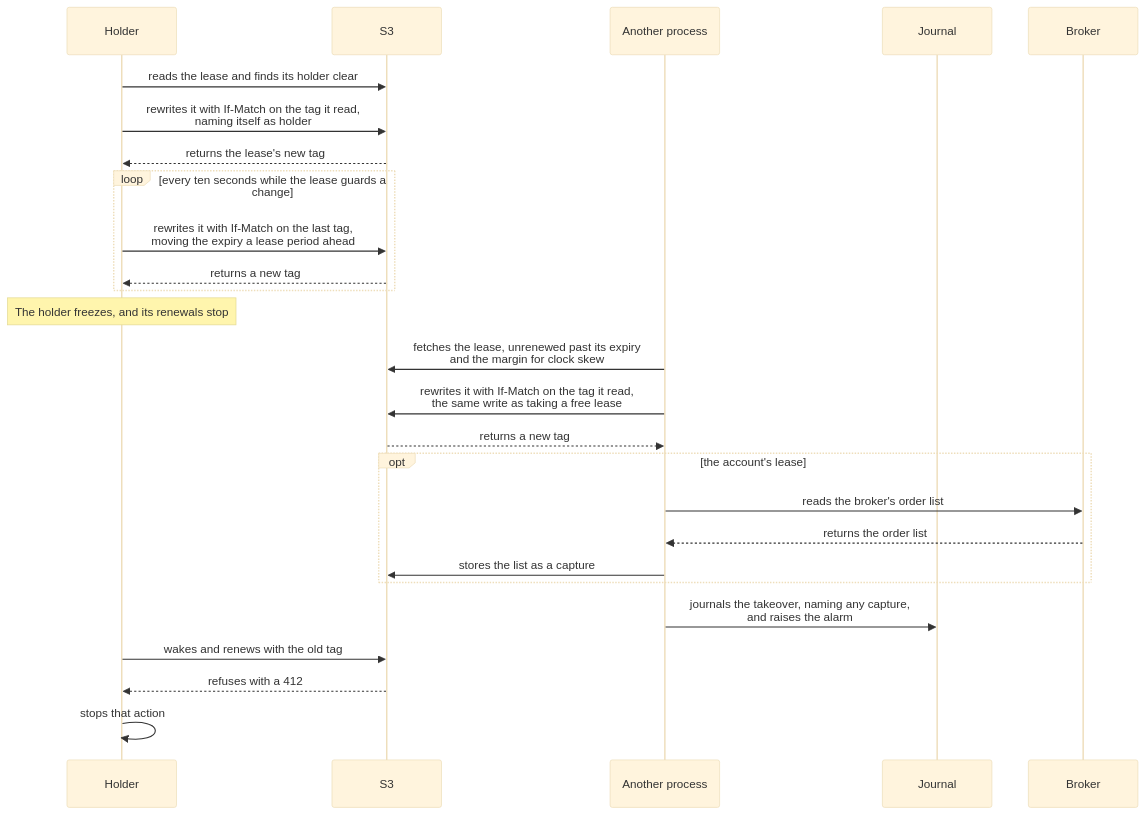
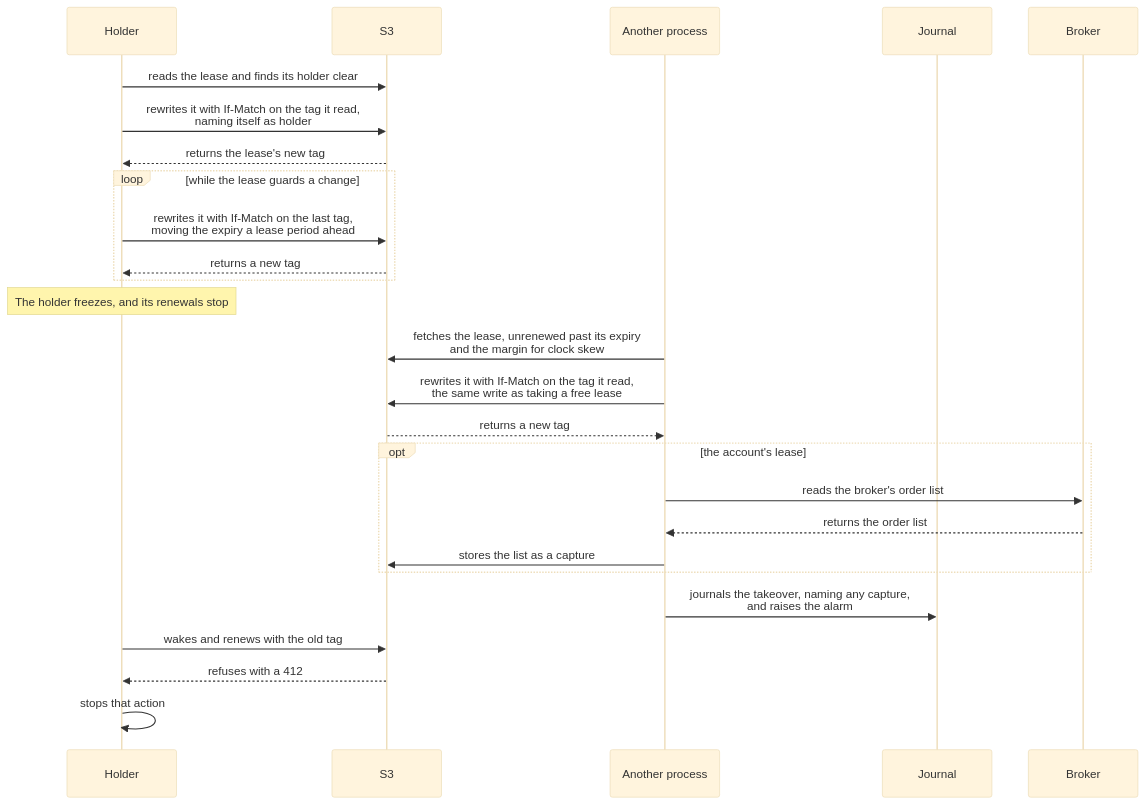
Before and after one commit to l3a0/ithildin-runtime: the third of 3 diagrams in docs/halts-and-drills.md, drawn with Mermaid (base theme). The commit also changed other lines of this file and 36 other files, not shown here.

````diff
--- a/docs/halts-and-drills.md
+++ b/docs/halts-and-drills.md
@@ -328,28 +328,28 @@
 ```mermaid
 sequenceDiagram
     participant A as Holder
     participant S as S3
     participant B as Another process
     participant J as Journal
     participant K as Broker
     A->>S: reads the lease and finds its holder clear
     A->>S: rewrites it with If-Match on the tag it read,<br/>naming itself as holder
     S-->>A: returns the lease's new tag
-    loop every ten seconds while the lease guards a change
+    loop while the lease guards a change
         A->>S: rewrites it with If-Match on the last tag,<br/>moving the expiry a lease period ahead
         S-->>A: returns a new tag
     end
     Note over A: The holder freezes, and its renewals stop
     B->>S: fetches the lease, unrenewed past its expiry<br/>and the margin for clock skew
     B->>S: rewrites it with If-Match on the tag it read,<br/>the same write as taking a free lease
     S-->>B: returns a new tag
     opt the account's lease
         B->>K: reads the broker's order list
         K-->>B: returns the order list
         B->>S: stores the list as a capture
     end
     B->>J: journals the takeover, naming any capture,<br/>and raises the alarm
     A->>S: wakes and renews with the old tag
     S-->>A: refuses with a 412
     A->>A: stops that action
 ```
````
